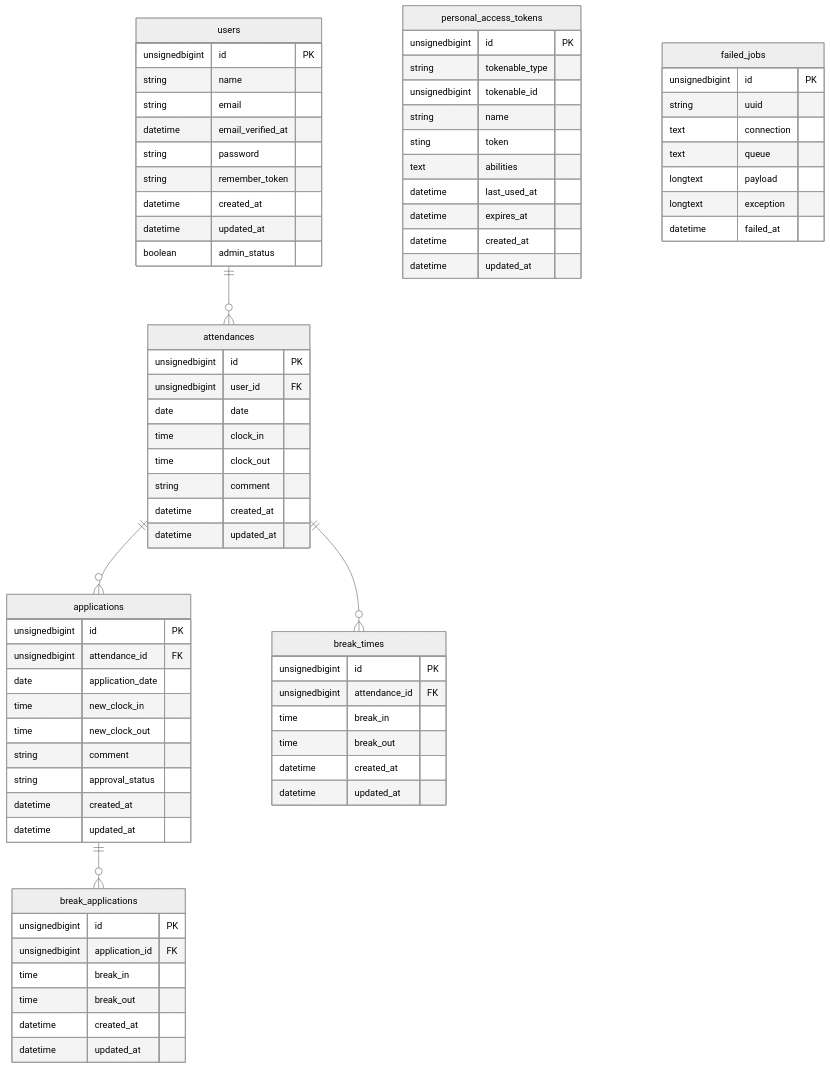
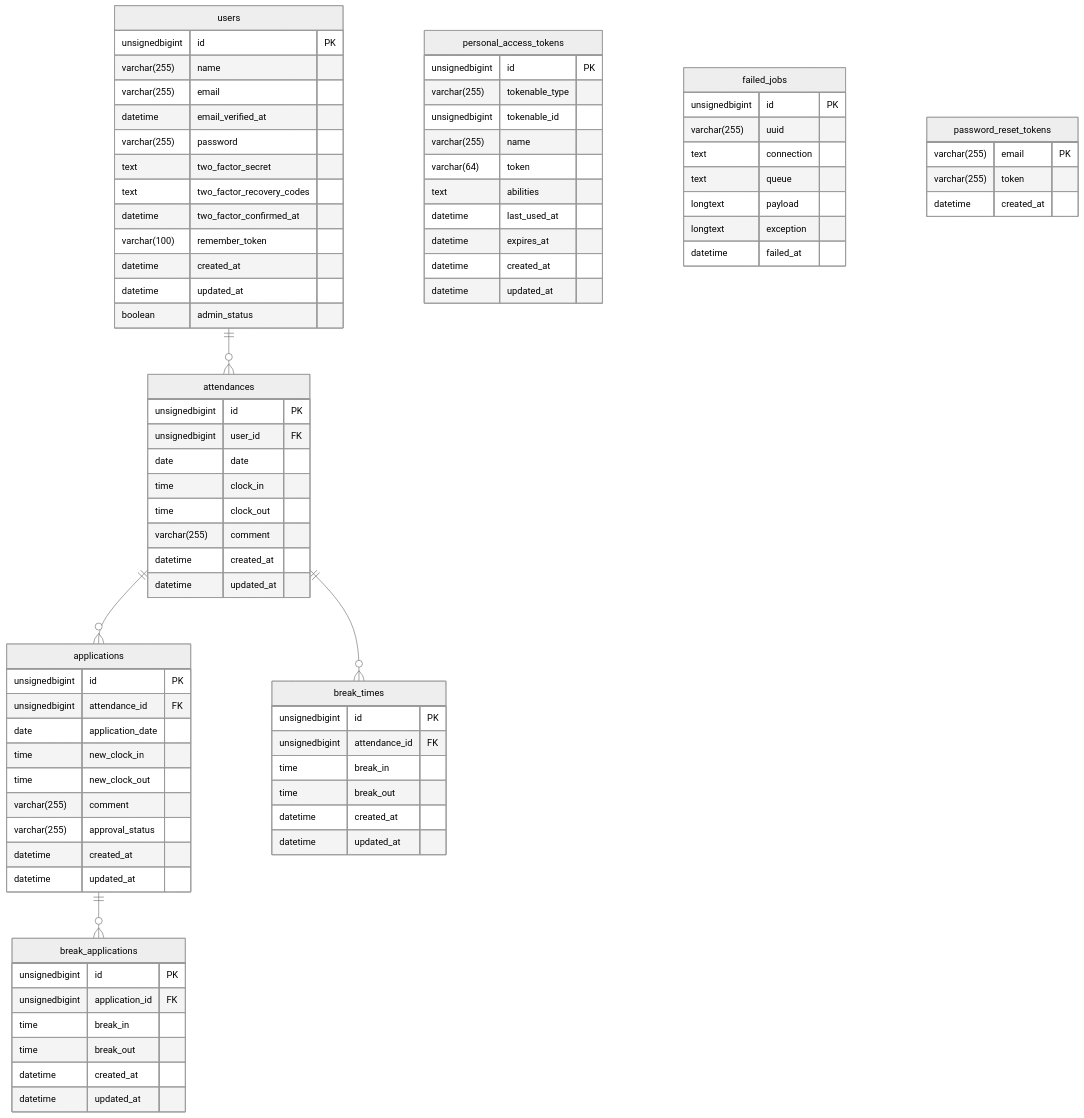
The diagram in README.md (Yji-9261/attendance-app-mock-project), drawn with Mermaid (neutral theme) before and after one commit. The commit also changed other lines of this file and 2 other files, not shown here.

Commit message:
ER図更新

````diff
--- a/README.md
+++ b/README.md
@@ -107,11 +106,14 @@
 
 users{
     unsignedbigint id PK
-    string name
-    string email
+    varchar(255) name
+    varchar(255) email
     datetime email_verified_at
-    string password
-    string remember_token
+    varchar(255) password
+    text two_factor_secret
+    text two_factor_recovery_codes
+    datetime two_factor_confirmed_at
+    varchar(100) remember_token
     datetime created_at
     datetime updated_at
     boolean admin_status
@@ -123,7 +125,7 @@
     date date
     time clock_in
     time clock_out
-    string comment
+    varchar(255) comment
     datetime created_at
     datetime updated_at
 }
@@ -143,8 +145,8 @@
     date application_date
     time new_clock_in
     time new_clock_out
-    string comment
-    string approval_status
+    varchar(255) comment
+    varchar(255) approval_status
     datetime created_at
     datetime updated_at
 }
@@ -160,10 +162,10 @@
 
 personal_access_tokens{
     unsignedbigint id PK
-    string tokenable_type
+    varchar(255) tokenable_type
     unsignedbigint tokenable_id
-    string name
-    sting token
+    varchar(255) name
+    varchar(64) token
     text abilities
     datetime last_used_at
     datetime expires_at
@@ -173,7 +175,7 @@
 
 failed_jobs{
     unsignedbigint id PK
-    string uuid
+    varchar(255) uuid
     text connection
     text queue
     longtext payload
@@ -181,4 +183,10 @@
     datetime failed_at
 }
 
+password_reset_tokens{
+    varchar(255) email PK
+    varchar(255) token
+    datetime created_at
+}
+
 ```
````
